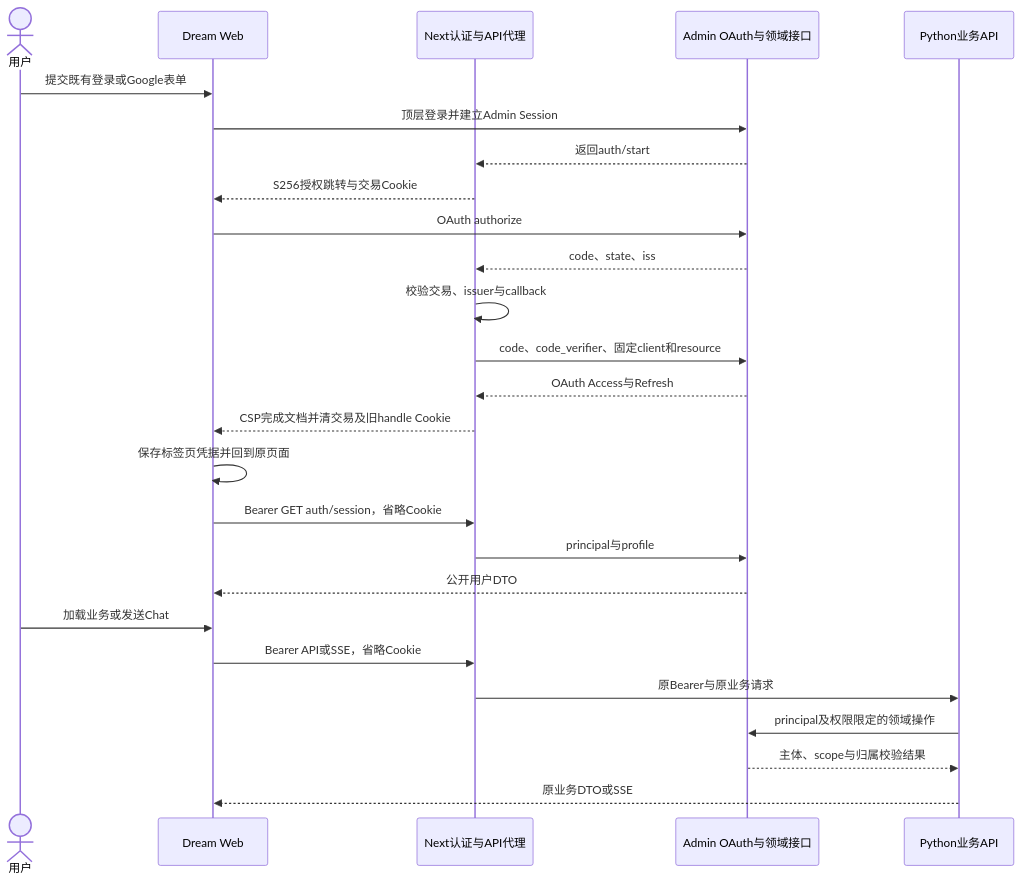
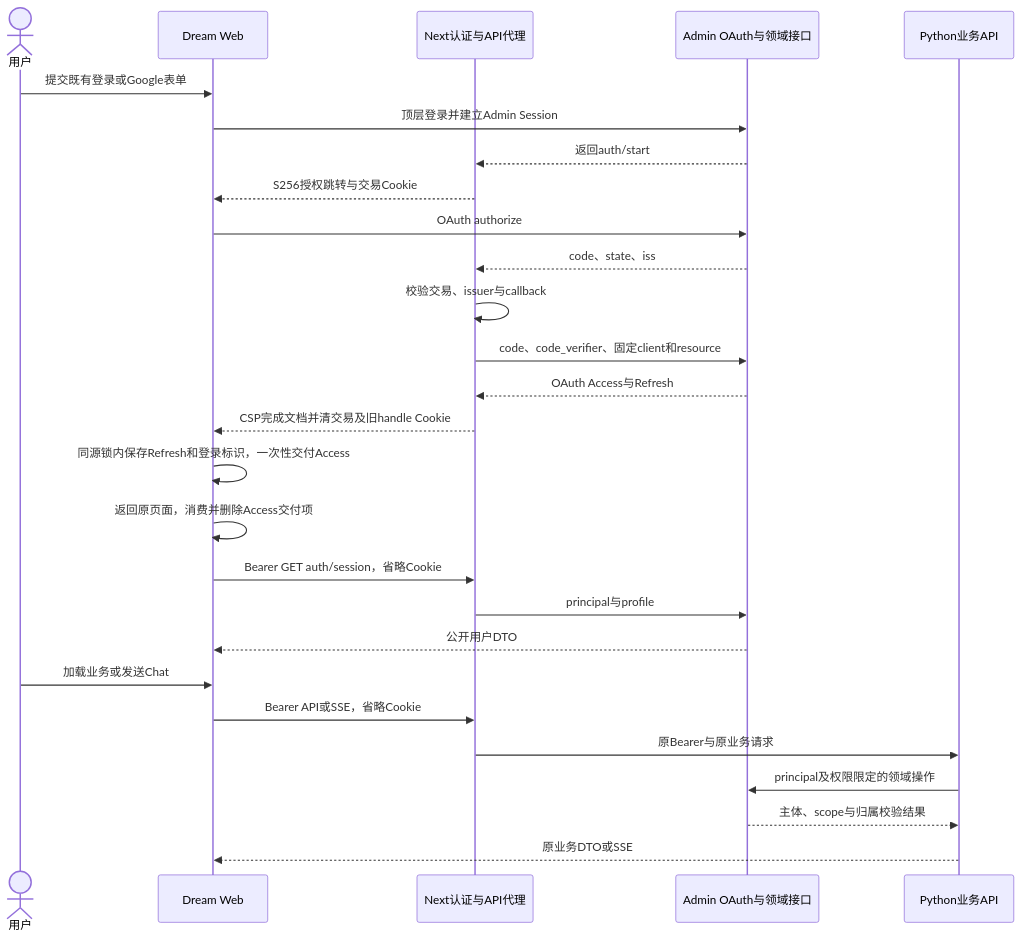
The first of 3 diagrams in docs/design/web-bearer-auth.md (glide-the/im-dream), drawn with Mermaid before and after one commit. The commit also changed other lines of this file and 28 other files, not shown here.

````diff
--- a/docs/design/web-bearer-auth.md
+++ b/docs/design/web-bearer-auth.md
@@ -49,28 +54,29 @@
 ```mermaid
 sequenceDiagram
     actor User as 用户
     participant Web as Dream Web
     participant BFF as Next认证与API代理
     participant Admin as Admin OAuth与领域接口
     participant Python as Python业务API
     User->>Web: 提交既有登录或Google表单
     Web->>Admin: 顶层登录并建立Admin Session
     Admin-->>BFF: 返回auth/start
     BFF-->>Web: S256授权跳转与交易Cookie
     Web->>Admin: OAuth authorize
     Admin-->>BFF: code、state、iss
     BFF->>BFF: 校验交易、issuer与callback
     BFF->>Admin: code、code_verifier、固定client和resource
     Admin-->>BFF: OAuth Access与Refresh
     BFF-->>Web: CSP完成文档并清交易及旧handle Cookie
-    Web->>Web: 保存标签页凭据并回到原页面
+    Web->>Web: 同源锁内保存Refresh和登录标识，一次性交付Access
+    Web->>Web: 返回原页面，消费并删除Access交付项
     Web->>BFF: Bearer GET auth/session，省略Cookie
     BFF->>Admin: principal与profile
     Admin-->>Web: 公开用户DTO
     User->>Web: 加载业务或发送Chat
     Web->>BFF: Bearer API或SSE，省略Cookie
     BFF->>Python: 原Bearer与原业务请求
     Python->>Admin: principal及权限限定的领域操作
     Admin-->>Python: 主体、scope与归属校验结果
     Python-->>Web: 原业务DTO或SSE
 ```
````
